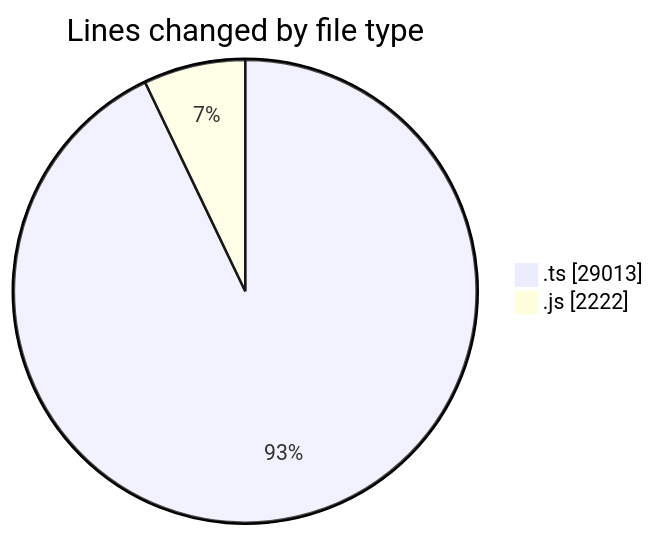
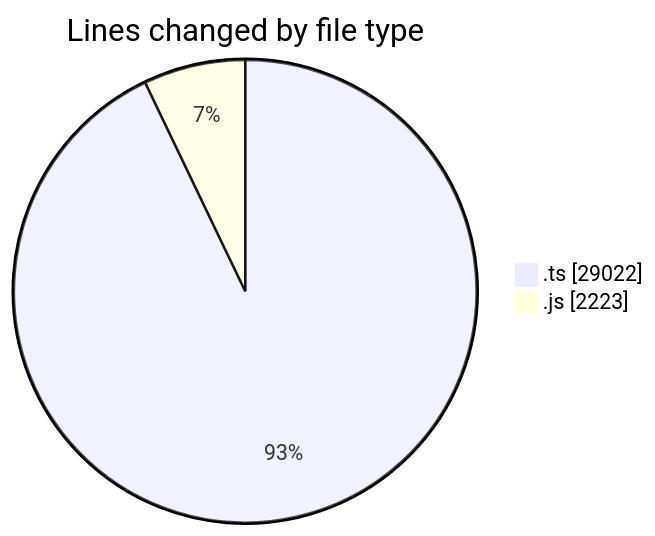
One commit to momahboobian/code-tracking changed the first of 2 diagrams in 2025-06-26/cda/README.md. Above: the diagram before and after it, drawn with Mermaid. The commit also changed other lines of this file and 1 other file, not shown here.

````diff
--- a/2025-06-26/cda/README.md
+++ b/2025-06-26/cda/README.md
@@ -31,6 +31,6 @@
 ```mermaid
 pie showData
 title Lines changed by file type
-".ts" : 29013
-".js" : 2222
+".ts" : 29022
+".js" : 2223
 ```
````
